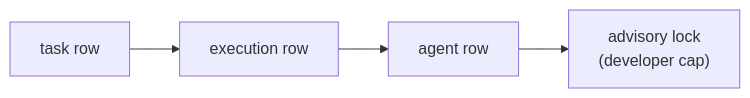
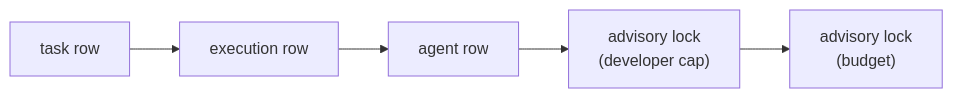
One commit to bharathcmbox/axiom changed the tenth of 10 diagrams in docs/guide/06-concurrency-and-leases.md. Above: the diagram before and after it, drawn with Mermaid. The commit also changed other lines of this file and 35 other files, not shown here.

````diff
--- a/docs/guide/06-concurrency-and-leases.md
+++ b/docs/guide/06-concurrency-and-leases.md
@@ -188,4 +215,4 @@
 ```mermaid
 flowchart LR
-    t["task row"] --> e["execution row"] --> a["agent row"] --> adv["advisory lock<br/>(developer cap)"]
+    t["task row"] --> e["execution row"] --> a["agent row"] --> adv["advisory lock<br/>(developer cap)"] --> b["advisory lock<br/>(budget)"]
 ```
````
